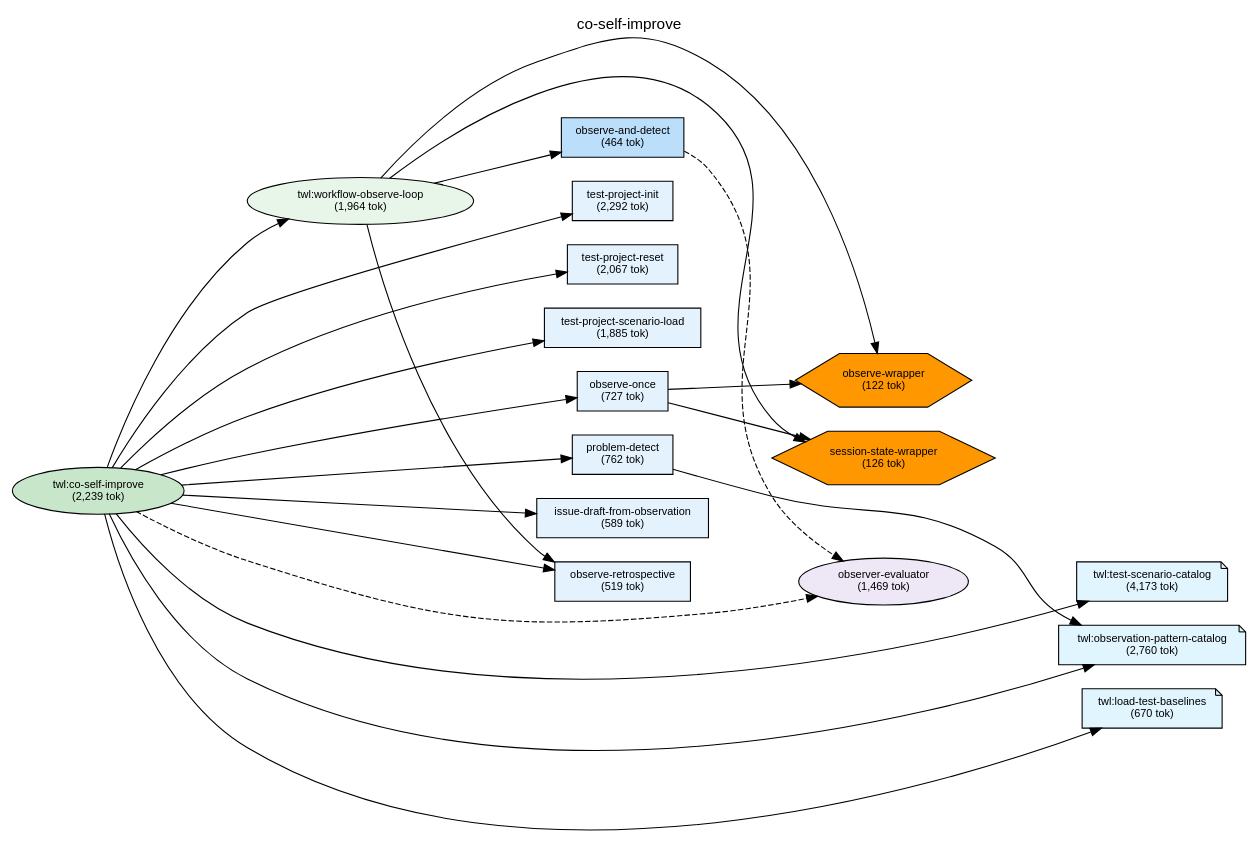
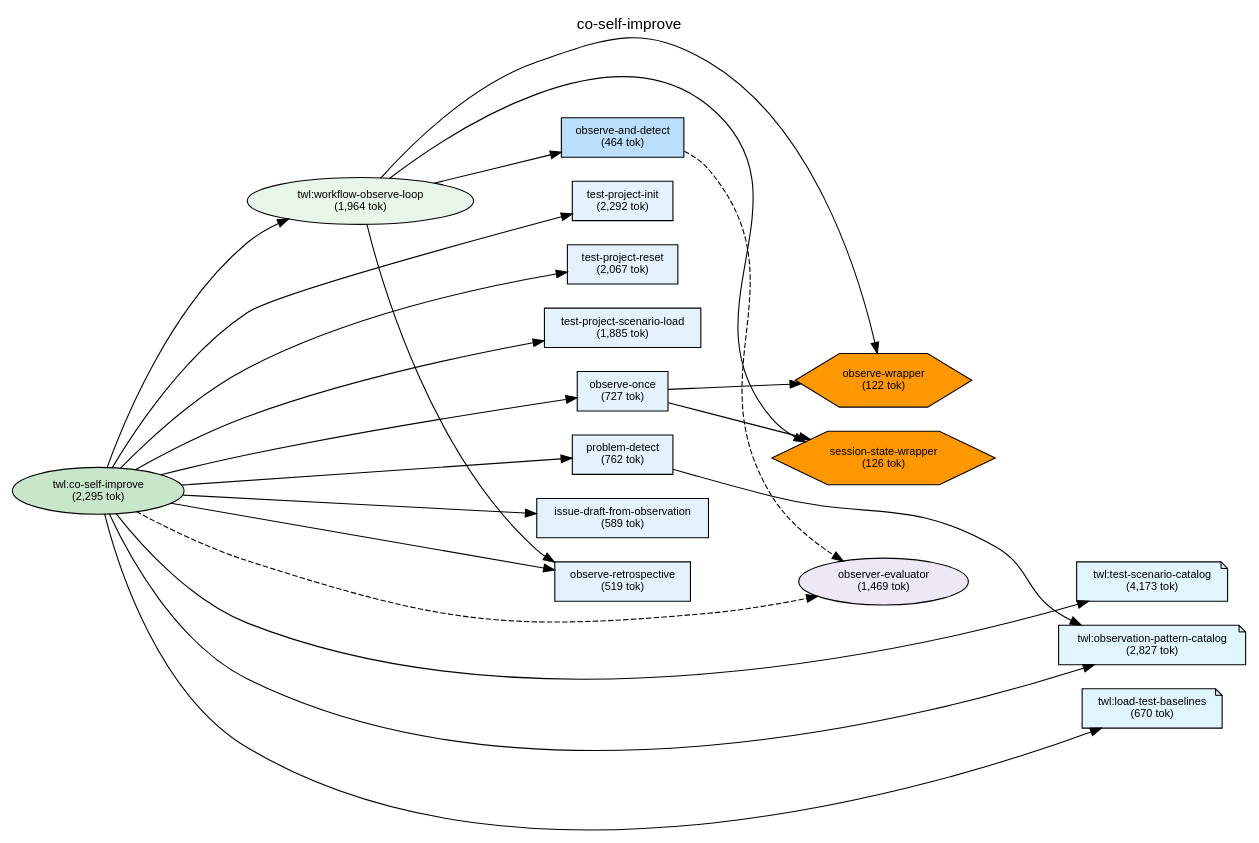
One commit to shuu5/twill changed the diagram in plugins/twl/docs/deps-co-self-improve.dot. Above: the diagram before and after it, drawn with Graphviz. The commit also changed 41 other files, not shown here.

```diff
--- a/plugins/twl/docs/deps-co-self-improve.dot
+++ b/plugins/twl/docs/deps-co-self-improve.dot
@@ -1,96 +1,96 @@
 digraph Dependencies {
     // Graph settings
     rankdir=LR;
     ranksep=0.8;
     nodesep=0.3;
     fontname="Helvetica";
     node [fontname="Helvetica", fontsize=10];
     edge [fontname="Helvetica", fontsize=9];
     label="co-self-improve";
     labelloc=t;
     fontsize=14;
 
     // L0: Controller Skills
-    skill_co_self_improve [label="twl:co-self-improve\n(2,239 tok)", shape=ellipse, style=filled, fillcolor="#c8e6c9"];
+    skill_co_self_improve [label="twl:co-self-improve\n(2,295 tok)", shape=ellipse, style=filled, fillcolor="#c8e6c9"];
 
     // L0: Launchers
 
     // L0.5: Workflow Skills
     skill_workflow_observe_loop [label="twl:workflow-observe-loop\n(1,964 tok)", shape=ellipse, style=filled, fillcolor="#e8f5e9"];
 
     // Reference Skills
     skill_test_scenario_catalog [label="twl:test-scenario-catalog\n(4,173 tok)", shape=note, style=filled, fillcolor="#e1f5fe"];
-    skill_observation_pattern_catalog [label="twl:observation-pattern-catalog\n(2,760 tok)", shape=note, style=filled, fillcolor="#e1f5fe"];
+    skill_observation_pattern_catalog [label="twl:observation-pattern-catalog\n(2,827 tok)", shape=note, style=filled, fillcolor="#e1f5fe"];
     skill_load_test_baselines [label="twl:load-test-baselines\n(670 tok)", shape=note, style=filled, fillcolor="#e1f5fe"];
 
     // L1: Direct Commands
     cmd_observe_once [label="observe-once\n(727 tok)", shape=box, style=filled, fillcolor="#e3f2fd"];
     cmd_problem_detect [label="problem-detect\n(762 tok)", shape=box, style=filled, fillcolor="#e3f2fd"];
     cmd_issue_draft_from_observation [label="issue-draft-from-observation\n(589 tok)", shape=box, style=filled, fillcolor="#e3f2fd"];
     cmd_observe_and_detect [label="observe-and-detect\n(464 tok)", shape=box, style=filled, fillcolor="#bbdefb"];
     cmd_observe_retrospective [label="observe-retrospective\n(519 tok)", shape=box, style=filled, fillcolor="#e3f2fd"];
     cmd_test_project_init [label="test-project-init\n(2,292 tok)", shape=box, style=filled, fillcolor="#e3f2fd"];
     cmd_test_project_reset [label="test-project-reset\n(2,067 tok)", shape=box, style=filled, fillcolor="#e3f2fd"];
     cmd_test_project_scenario_load [label="test-project-scenario-load\n(1,885 tok)", shape=box, style=filled, fillcolor="#e3f2fd"];
 
     // L2: Sub Commands
 
     // L3: Agents
     agent_observer_evaluator [label="observer-evaluator\n(1,469 tok)", shape=ellipse, style=filled, fillcolor="#ede7f6"];
 
     // L3.5: Scripts
     script_observe_wrapper [label="observe-wrapper\n(122 tok)", shape=hexagon, style=filled, fillcolor="#FF9800"];
     script_session_state_wrapper [label="session-state-wrapper\n(126 tok)", shape=hexagon, style=filled, fillcolor="#FF9800"];
 
     // L4: External
 
     // Layer constraints
     { rank=same; skill_co_self_improve; }
     { rank=same; skill_workflow_observe_loop; }
     { rank=same; skill_test_scenario_catalog; skill_observation_pattern_catalog; skill_load_test_baselines; }
     { rank=same; cmd_observe_once; cmd_problem_detect; cmd_issue_draft_from_observation; cmd_observe_and_detect; cmd_observe_retrospective; cmd_test_project_init; cmd_test_project_reset; cmd_test_project_scenario_load; }
     { rank=same; agent_observer_evaluator; }
     { rank=same; script_observe_wrapper; script_session_state_wrapper; }
 
     // Edges
     skill_co_self_improve -> skill_workflow_observe_loop;
     skill_co_self_improve -> cmd_test_project_init;
     skill_co_self_improve -> cmd_test_project_reset;
     skill_co_self_improve -> cmd_test_project_scenario_load;
     skill_co_self_improve -> cmd_observe_once;
     skill_co_self_improve -> cmd_problem_detect;
     skill_co_self_improve -> cmd_issue_draft_from_observation;
     skill_co_self_improve -> cmd_observe_retrospective;
     skill_co_self_improve -> agent_observer_evaluator [style=dashed];
     skill_co_self_improve -> skill_test_scenario_catalog;
     skill_co_self_improve -> skill_observation_pattern_catalog;
     skill_co_self_improve -> skill_load_test_baselines;
     skill_workflow_observe_loop -> cmd_observe_and_detect;
     skill_workflow_observe_loop -> cmd_observe_retrospective;
     skill_workflow_observe_loop -> script_observe_wrapper;
     skill_workflow_observe_loop -> script_session_state_wrapper;
     cmd_observe_once -> script_observe_wrapper;
     cmd_observe_once -> script_session_state_wrapper;
     cmd_problem_detect -> skill_observation_pattern_catalog;
     cmd_observe_and_detect -> agent_observer_evaluator [style=dashed];
 
     // Ordering constraints (invisible edges)
     skill_workflow_observe_loop -> cmd_test_project_init [style=invis, weight=10];
     cmd_test_project_init -> cmd_test_project_reset [style=invis, weight=10];
     cmd_test_project_reset -> cmd_test_project_scenario_load [style=invis, weight=10];
     cmd_test_project_scenario_load -> cmd_observe_once [style=invis, weight=10];
     cmd_observe_once -> cmd_problem_detect [style=invis, weight=10];
     cmd_problem_detect -> cmd_issue_draft_from_observation [style=invis, weight=10];
     cmd_issue_draft_from_observation -> cmd_observe_retrospective [style=invis, weight=10];
     cmd_observe_retrospective -> agent_observer_evaluator [style=invis, weight=10];
     agent_observer_evaluator -> skill_test_scenario_catalog [style=invis, weight=10];
     skill_test_scenario_catalog -> skill_observation_pattern_catalog [style=invis, weight=10];
     skill_observation_pattern_catalog -> skill_load_test_baselines [style=invis, weight=10];
     cmd_observe_once -> cmd_problem_detect [style=invis, weight=10];
     cmd_problem_detect -> agent_observer_evaluator [style=invis, weight=10];
     cmd_observe_and_detect -> cmd_observe_retrospective [style=invis, weight=10];
     cmd_observe_retrospective -> script_observe_wrapper [style=invis, weight=10];
     script_observe_wrapper -> script_session_state_wrapper [style=invis, weight=10];
     script_observe_wrapper -> script_session_state_wrapper [style=invis, weight=10];
 
 }
```
